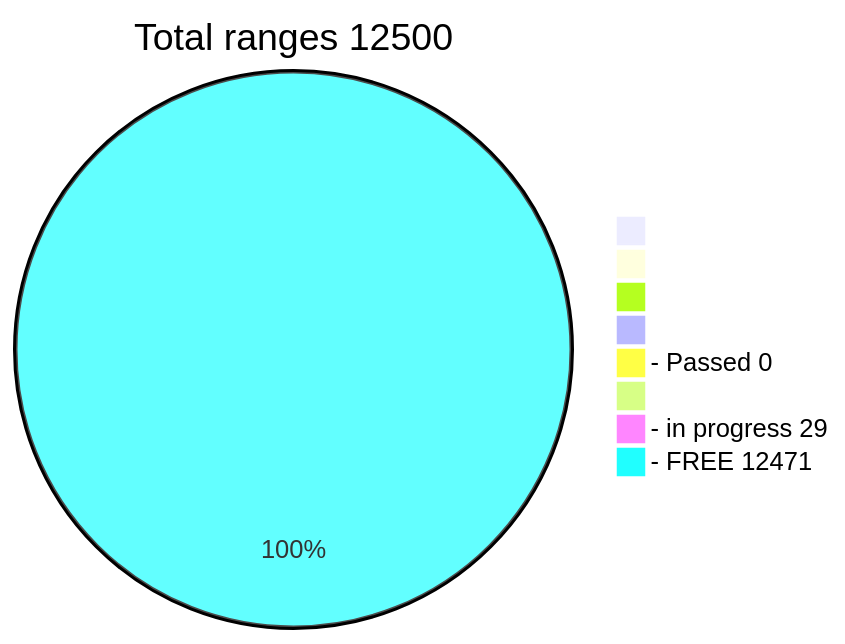
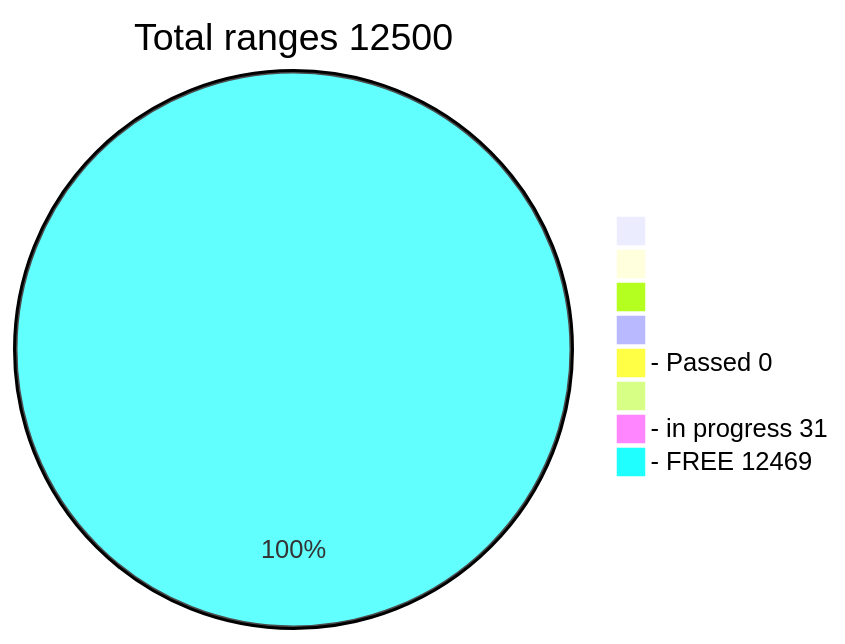
One commit to phrutis/Passphrases changed the diagram in README.md. Above: the diagram before and after it, drawn with Mermaid.

````diff
--- a/README.md
+++ b/README.md
@@ -3,12 +3,12 @@
 ```mermaid
 pie title Total ranges 12500
              " " : 0
             "  " : 0
            "   " : 0
           "    " : 0
   "- Passed 0" : 0
          "     " : 0
-  "- in progress 29" : 29
-   "- FREE 12471" : 12471
+  "- in progress 31" : 31
+   "- FREE 12469" : 12469
    
 ```
````
